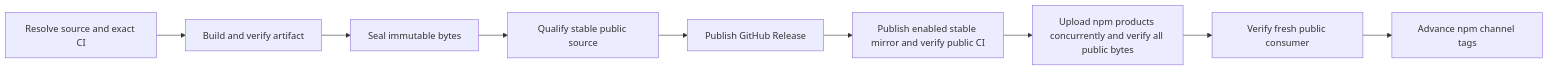
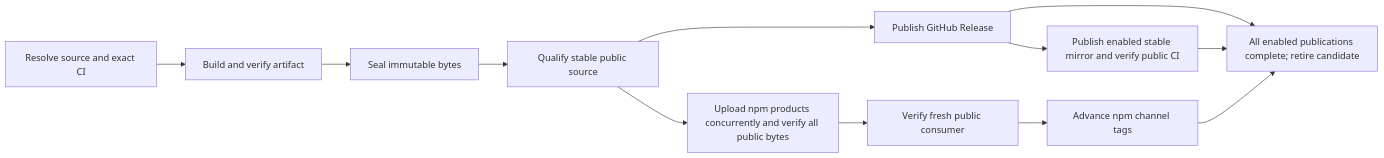
The diagram in packages/engine/RELEASING.md (ForgeAX/forgeax-engine), drawn with Mermaid before and after one commit. The commit also changed other lines of this file and 56 other files, not shown here.

````diff
--- a/packages/engine/RELEASING.md
+++ b/packages/engine/RELEASING.md
@@ -65,20 +65,23 @@
 ```mermaid
 flowchart LR
   A["Resolve source and exact CI"]
   B["Build and verify artifact"]
   C["Seal immutable bytes"]
   G["Qualify stable public source"]
   H["Publish GitHub Release"]
   I["Publish enabled stable mirror and verify public CI"]
   D["Upload npm products concurrently and verify all public bytes"]
   E["Verify fresh public consumer"]
   F["Advance npm channel tags"]
   A --> B
   B --> C
   C --> G
   G --> H
   H --> I
-  I --> D
+  G --> D
   D --> E
   E --> F
+  H --> J["All enabled publications complete; retire candidate"]
+  I --> J
+  F --> J
 ```
````
